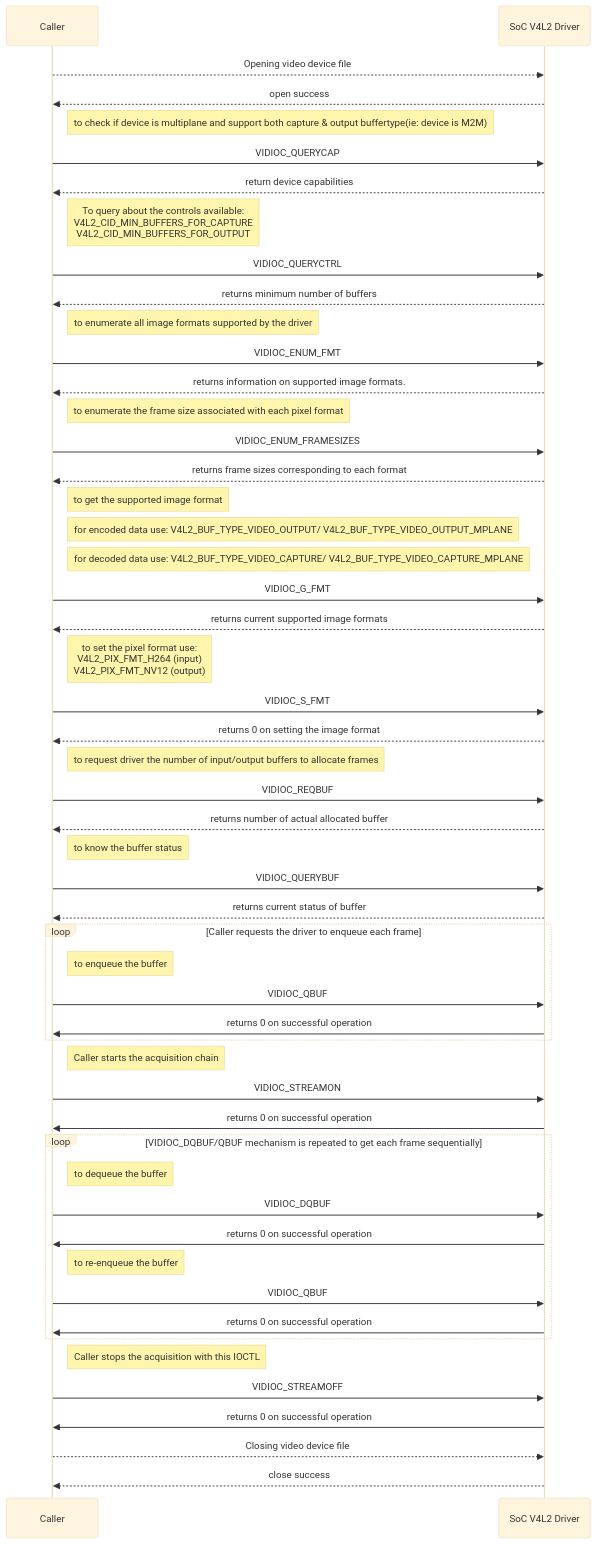
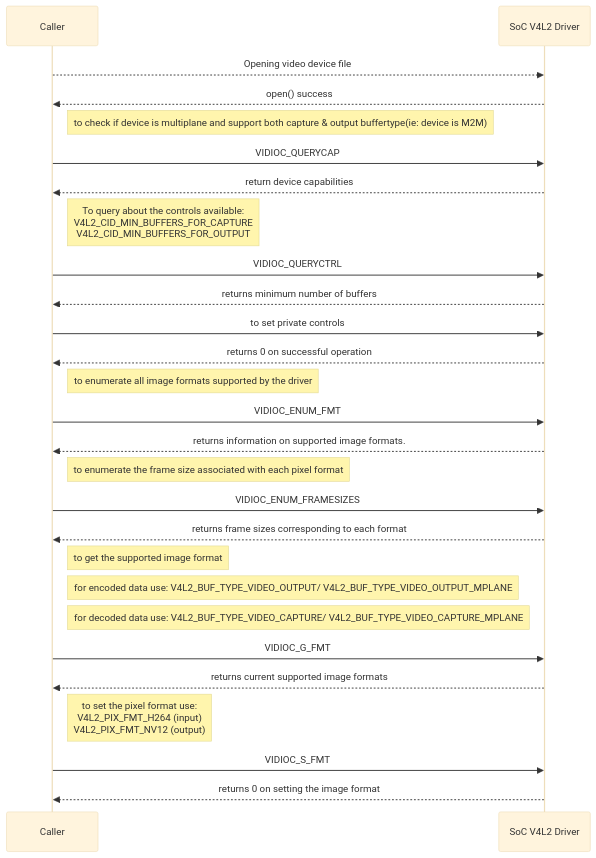
One commit to rdkcentral/rdk-halif-v4l2 changed the third of 4 diagrams in docs/pages/v4l2.md. Above: the diagram before and after it, drawn with Mermaid (base theme). The commit also changed other lines of this file, not shown here.

Commit message:
github.com/rdkcentral/v4l2-halif/issues/3: Revise the v4l2 md file
please find the latest review comments here: https://github.com/rdkcentral/v4l2-halif/pull/2/files

updates:
1. updated memory model
2. updated diagram

````diff
--- a/docs/pages/v4l2.md
+++ b/docs/pages/v4l2.md
@@ -206,57 +205,38 @@
 ```mermaid
 
 sequenceDiagram
 participant Caller
 participant SoC V4L2 Driver
 
 Caller-->>SoC V4L2 Driver: Opening video device file
-SoC V4L2 Driver-->>Caller: open success
+SoC V4L2 Driver-->>Caller: open() success
+
 Note right of Caller: to check if device is multiplane and support both capture & output buffertype(ie: device is M2M) 
 Caller->>SoC V4L2 Driver: VIDIOC_QUERYCAP
 SoC V4L2 Driver-->>Caller: return device capabilities
+
 Note right of Caller: To query about the controls available​: <br/> V4L2_CID_MIN_BUFFERS_FOR_CAPTURE <br/> V4L2_CID_MIN_BUFFERS_FOR_OUTPUT
 Caller->>SoC V4L2 Driver: VIDIOC_QUERYCTRL​
 SoC V4L2 Driver-->>Caller: returns minimum number of buffers
+Caller->>SoC V4L2 Driver:to set private  controls
+SoC V4L2 Driver-->>Caller:returns 0 on successful operation
+
 Note right of Caller: to enumerate all image formats supported by the driver
 Caller->>SoC V4L2 Driver: VIDIOC_ENUM_FMT
 SoC V4L2 Driver-->>Caller: returns information on supported image formats.
+
 Note right of Caller: to enumerate the frame size associated with each pixel format
 Caller->>SoC V4L2 Driver: VIDIOC_ENUM_FRAMESIZES
 SoC V4L2 Driver-->>Caller: returns frame sizes corresponding to each format
+
 Note right of Caller: to get the supported image format
 Note right of Caller: for encoded data use: V4L2_BUF_TYPE_VIDEO_OUTPUT/ V4L2_BUF_TYPE_VIDEO_OUTPUT_MPLANE  
 Note right of Caller: for decoded data use: V4L2_BUF_TYPE_VIDEO_CAPTURE/ V4L2_BUF_TYPE_VIDEO_CAPTURE_MPLANE
 Caller->>SoC V4L2 Driver: VIDIOC_G_FMT
 SoC V4L2 Driver-->>Caller: returns current supported image formats
-note right of Caller: to set the pixel format use: <br/>V4L2_PIX_FMT_H264 (input) <br/> V4L2_PIX_FMT_NV12 (output)
+
+Note right of Caller: to set the pixel format use: <br/>V4L2_PIX_FMT_H264 (input) <br/> V4L2_PIX_FMT_NV12 (output)
 Caller->>SoC V4L2 Driver: VIDIOC_S_FMT
 SoC V4L2 Driver-->>Caller:returns 0 on setting the image format
-note right of Caller: to request driver the number of input/output buffers to allocate frames
-Caller->>SoC V4L2 Driver: VIDIOC_REQBUF
-SoC V4L2 Driver-->>Caller: returns number of actual allocated buffer
-note right of Caller: to know the buffer status
-Caller->>SoC V4L2 Driver: VIDIOC_QUERYBUF
-SoC V4L2 Driver-->>Caller: returns current status of buffer 
-loop Caller requests the driver to enqueue each frame
-note right of Caller: to enqueue the buffer
-Caller->>SoC V4L2 Driver: VIDIOC_QBUF
-SoC V4L2 Driver->>Caller:returns 0 on successful operation
-end
-note right of Caller:Caller starts the acquisition chain
-Caller->>SoC V4L2 Driver: VIDIOC_STREAMON
-SoC V4L2 Driver->>Caller:returns 0 on successful operation
-loop VIDIOC_DQBUF/QBUF mechanism is repeated to get each frame sequentially
-note right of Caller: to dequeue the buffer
-Caller->>SoC V4L2 Driver: VIDIOC_DQBUF
-SoC V4L2 Driver->>Caller:returns 0 on successful operation
-note right of Caller: to re-enqueue the buffer
-Caller->>SoC V4L2 Driver: VIDIOC_QBUF
-SoC V4L2 Driver->>Caller:returns 0 on successful operation
-end
-note right of Caller: Caller stops the acquisition with this IOCTL
-Caller->>SoC V4L2 Driver: VIDIOC_STREAMOFF
-SoC V4L2 Driver->>Caller: returns 0 on successful operation
-Caller-->>SoC V4L2 Driver: Closing video device file
-SoC V4L2 Driver-->>Caller: close success
 
 ```
````
